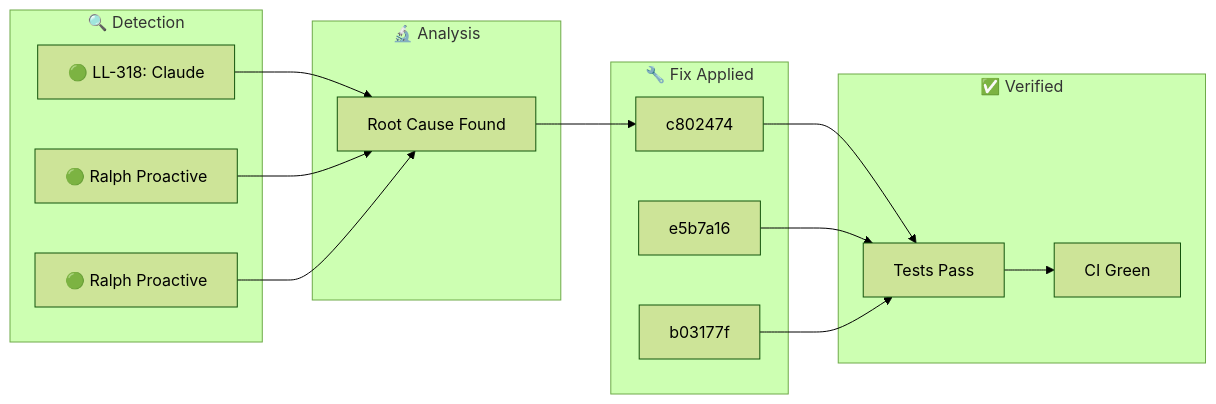
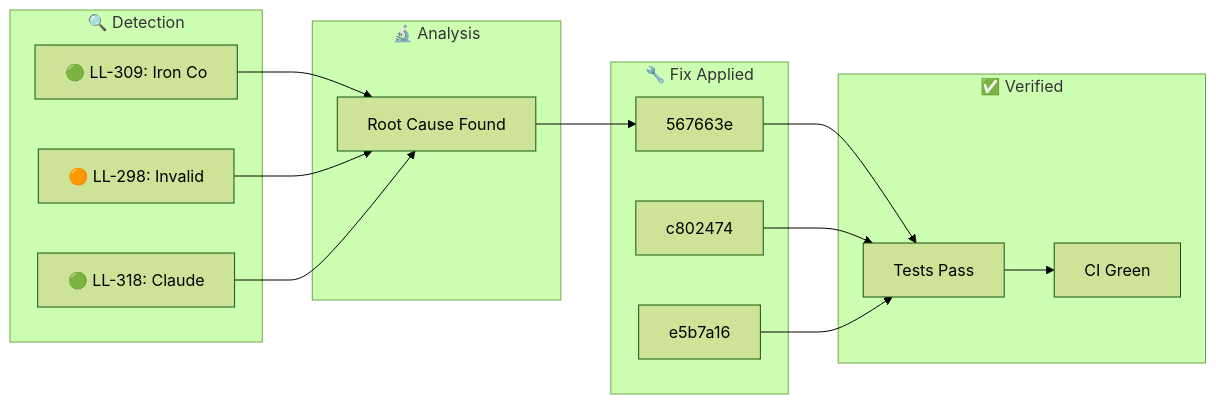
One commit to YoByron/trading changed the diagram in docs/_posts/2026-01-31-ralph-discovery.md. Above: the diagram before and after it, drawn with Mermaid (forest theme). The commit also changed other lines of this file, not shown here.

Commit message:
docs(ralph): Auto-publish discovery blog post

````diff
--- a/docs/_posts/2026-01-31-ralph-discovery.md
+++ b/docs/_posts/2026-01-31-ralph-discovery.md
@@ -17,28 +17,28 @@
 ```mermaid
 flowchart LR
     subgraph Detection["🔍 Detection"]
-        D1["🟢 LL-318: Claude "]
-        D2["🟢 Ralph Proactive"]
-        D3["🟢 Ralph Proactive"]
+        D1["🟢 LL-309: Iron Co"]
+        D2["🟠 LL-298: Invalid"]
+        D3["🟢 LL-318: Claude "]
     end
     subgraph Analysis["🔬 Analysis"]
         A1["Root Cause Found"]
     end
     subgraph Fix["🔧 Fix Applied"]
-        F1["c802474"]
-        F2["e5b7a16"]
-        F3["b03177f"]
+        F1["567663e"]
+        F2["c802474"]
+        F3["e5b7a16"]
     end
     subgraph Verify["✅ Verified"]
         V1["Tests Pass"]
         V2["CI Green"]
     end
     D1 --> A1
     D2 --> A1
     D3 --> A1
     A1 --> F1
     F1 --> V1
     F2 --> V1
     F3 --> V1
     V1 --> V2
 ```
````
